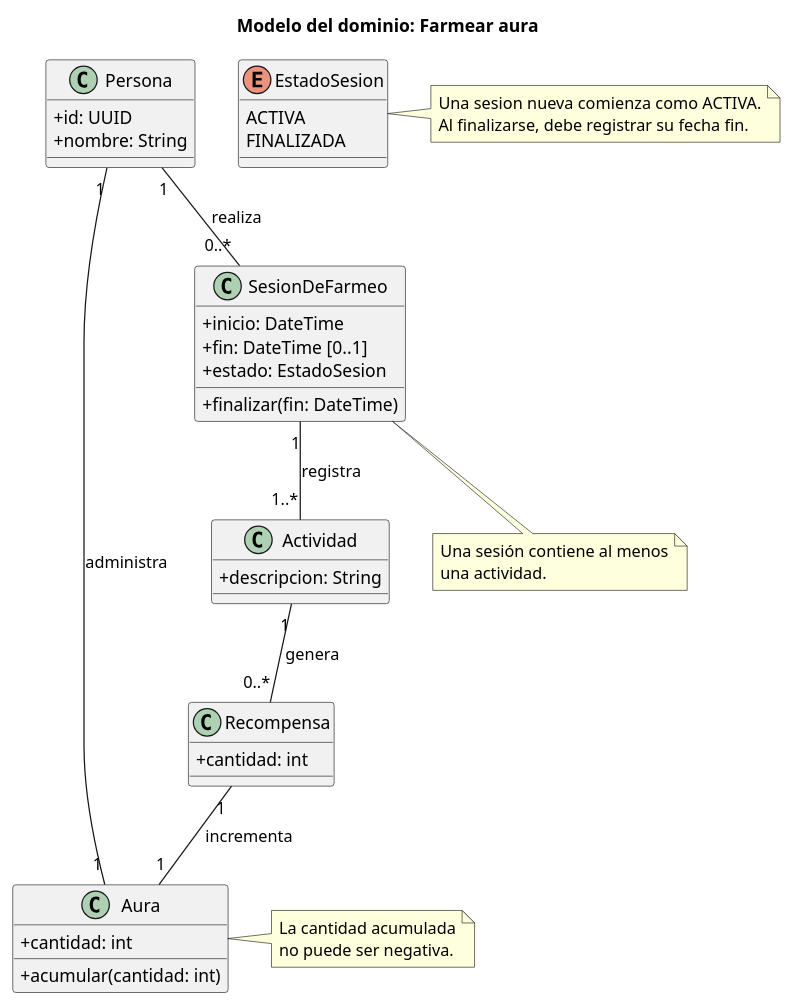
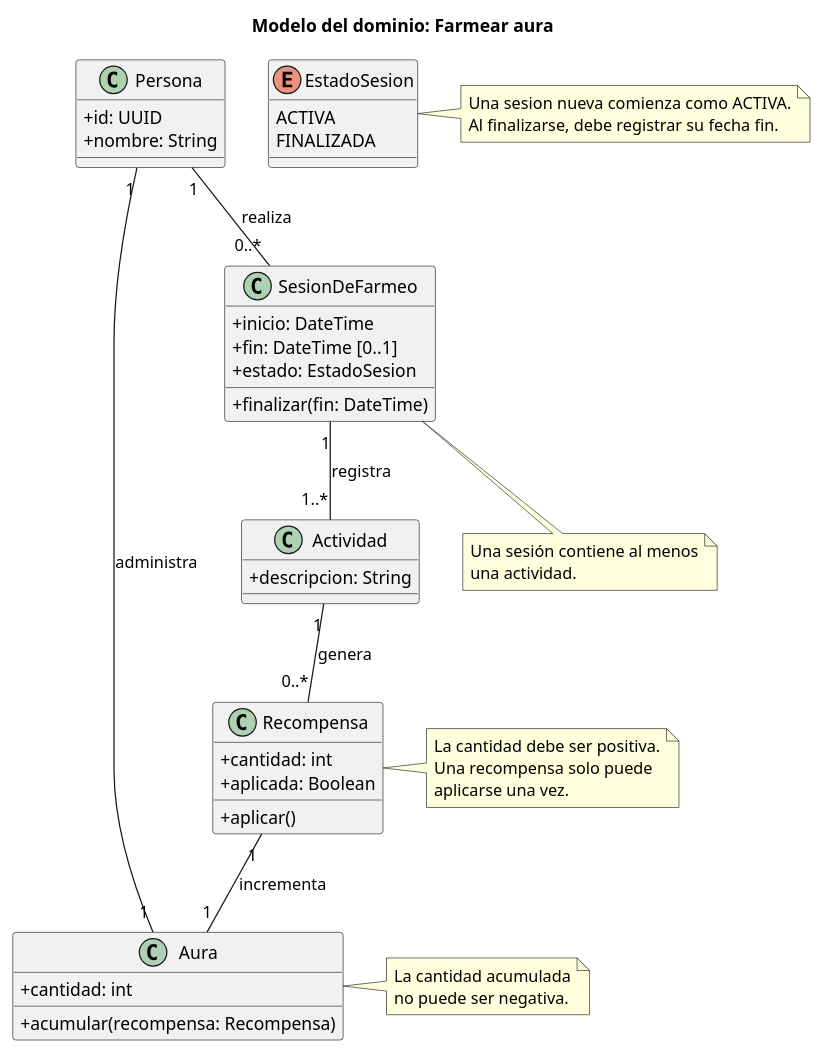
One commit to Jime-Cal/26-27-idsw1 changed the diagram in entregas/calderonJimena/diagramas/aura.puml. Above: the diagram before and after it, drawn with PlantUML. The commit also changed 1 other file, not shown here.

Commit message:
Define reglas para aplicar recompensas de aura

```diff
--- a/entregas/calderonJimena/diagramas/aura.puml
+++ b/entregas/calderonJimena/diagramas/aura.puml
@@ -1,58 +1,66 @@
 @startuml
 title Modelo del dominio: Farmear aura
 
 skinparam classAttributeIconSize 0
 
 class Persona {
   +id: UUID
   +nombre: String
 }
 
 class Aura {
   +cantidad: int
-  +acumular(cantidad: int)
+  +acumular(recompensa: Recompensa)
 }
 
 class SesionDeFarmeo {
   +inicio: DateTime
   +fin: DateTime [0..1]
   +estado: EstadoSesion
   +finalizar(fin: DateTime)
 }
 
 enum EstadoSesion {
   ACTIVA
   FINALIZADA
 }
 
 class Actividad {
   +descripcion: String
 }
 
 class Recompensa {
   +cantidad: int
+  +aplicada: Boolean
+  +aplicar()
 }
 
 Persona "1" -- "1" Aura : administra
 Persona "1" -- "0..*" SesionDeFarmeo : realiza
 
 SesionDeFarmeo "1" -- "1..*" Actividad : registra
 Actividad "1" -- "0..*" Recompensa : genera
 Recompensa "1" -- "1" Aura : incrementa
 
 note right of Aura
   La cantidad acumulada
   no puede ser negativa.
 end note
 
+note right of Recompensa
+  La cantidad debe ser positiva.
+  Una recompensa solo puede
+  aplicarse una vez.
+end note
+
 note bottom of SesionDeFarmeo
   Una sesión contiene al menos
   una actividad.
 end note
 
 note right of EstadoSesion
   Una sesion nueva comienza como ACTIVA.
   Al finalizarse, debe registrar su fecha fin.
 end note
 
 @enduml
```
